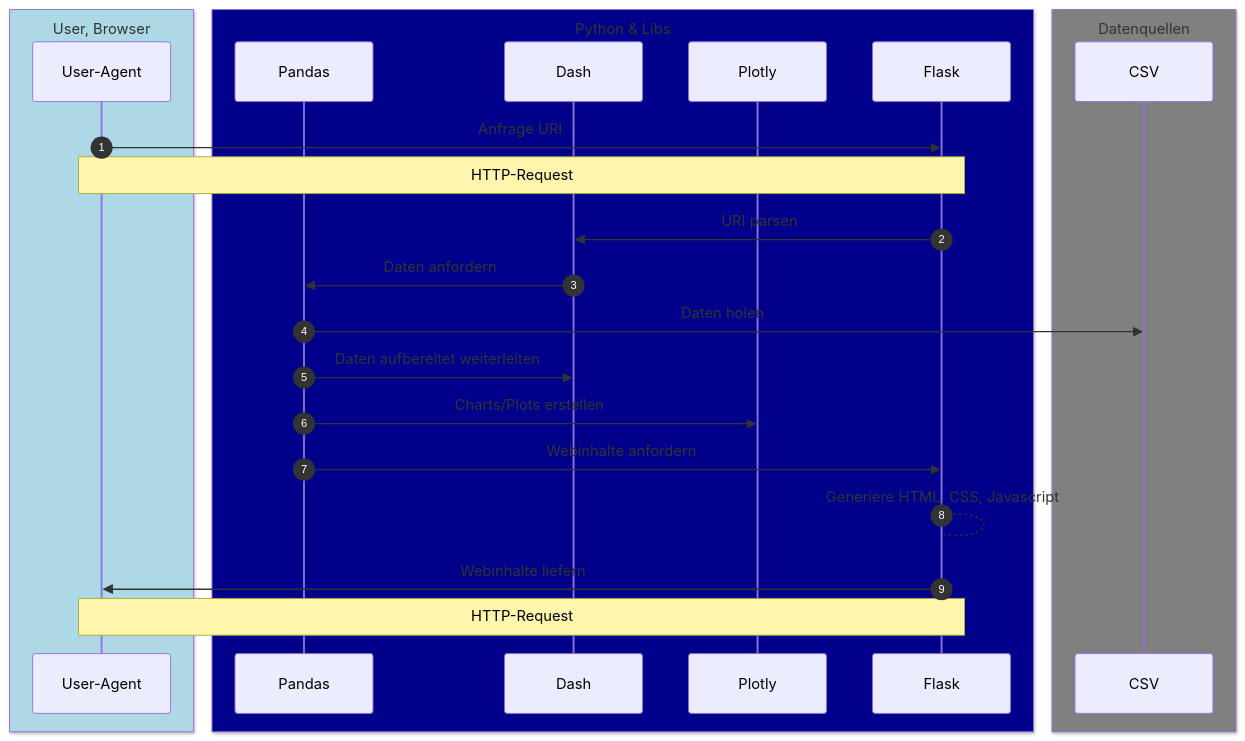
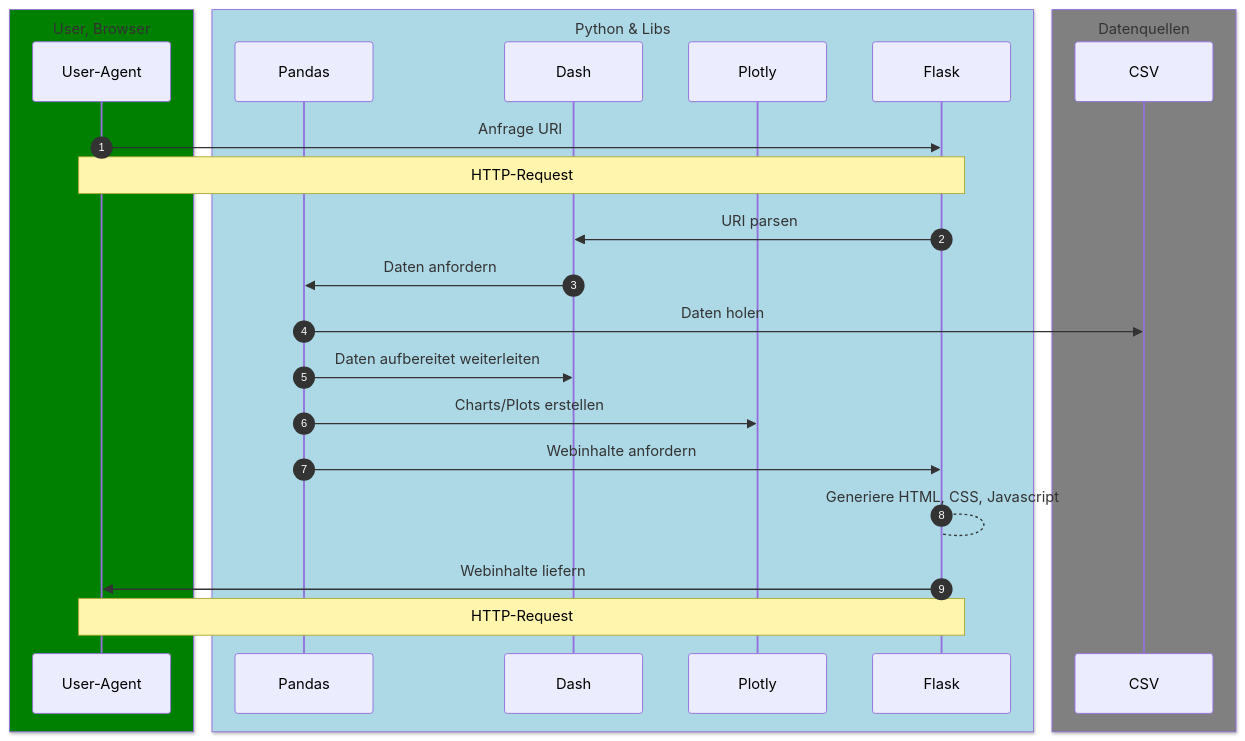
One commit to nevsglueckauf/wq changed the diagram in Documentation/ArchitekturPython.md. Above: the diagram before and after it, drawn with Mermaid.

Commit message:
Aufräumarbeiten ...

````diff
--- a/Documentation/ArchitekturPython.md
+++ b/Documentation/ArchitekturPython.md
@@ -9,37 +9,37 @@
 ```mermaid
 sequenceDiagram
 autonumber
     
-    box lightblue User, Browser
+    box green User, Browser
     participant User-Agent
     end
 
-    box darkblue  Python & Libs
+    box lightblue  Python & Libs
     participant Pandas
     participant Dash
     participant Plotly
     participant Flask
     end
 
     box gray Datenquellen
     participant CSV
     end
     
     User-Agent->>Flask: Anfrage URI
     Note over User-Agent, Flask: HTTP-Request
     
     Flask->>Dash: URI parsen
     Dash->>Pandas: Daten anfordern
     Pandas ->> CSV: Daten holen
     Pandas ->> Dash: Daten aufbereitet weiterleiten
     Pandas ->> Plotly: Charts/Plots erstellen
     Pandas ->> Flask: Webinhalte anfordern 
     Flask --> Flask: Generiere HTML, CSS, Javascript
     
     Flask->>User-Agent: Webinhalte liefern
     Note over User-Agent, Flask: HTTP-Request
     
 
    
    
 ```
````
